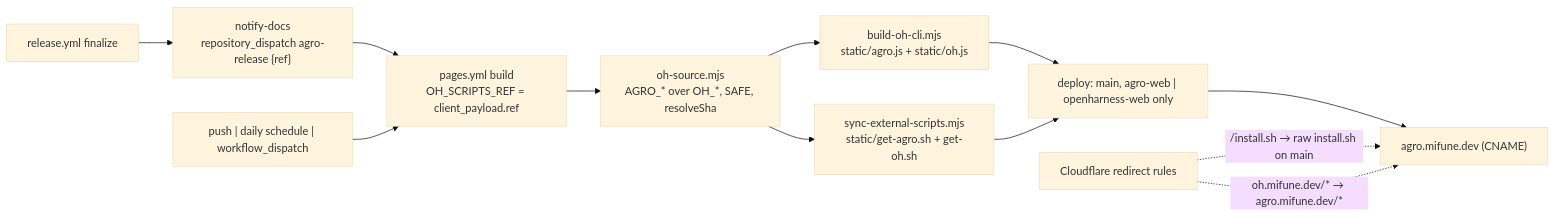
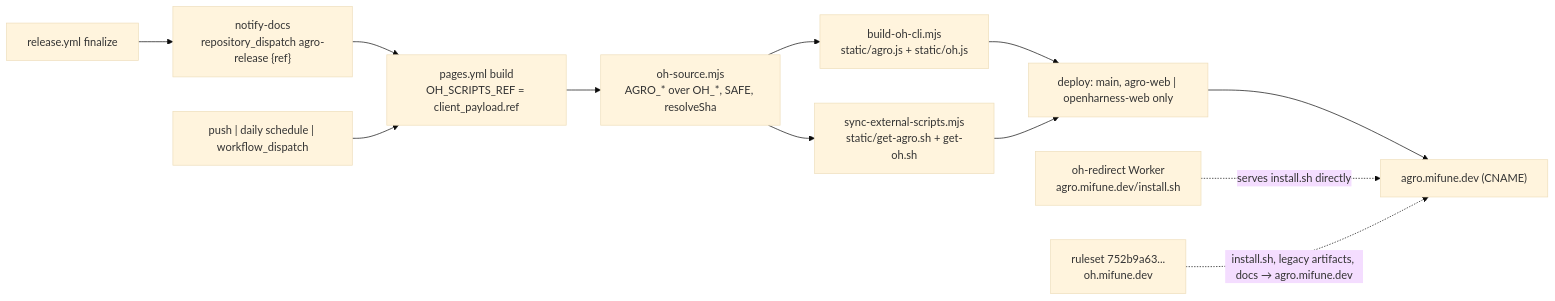
One commit to ryaneggz/open-harness changed the diagram in .agro/knowledge/source/agro-web-pipeline.md. Above: the diagram before and after it, drawn with Mermaid (base theme). The commit also changed other lines of this file and 7 other files, not shown here.

````diff
--- a/.agro/knowledge/source/agro-web-pipeline.md
+++ b/.agro/knowledge/source/agro-web-pipeline.md
@@ -57,14 +59,14 @@
 ```mermaid
 flowchart LR
   REL["release.yml finalize"] --> ND["notify-docs<br/>repository_dispatch agro-release {ref}"]
   ND --> PG["pages.yml build<br/>OH_SCRIPTS_REF = client_payload.ref"]
   SCHED["push | daily schedule | workflow_dispatch"] --> PG
   PG --> SRC["oh-source.mjs<br/>AGRO_* over OH_*, SAFE, resolveSha"]
   SRC --> CLI["build-oh-cli.mjs<br/>static/agro.js + static/oh.js"]
   SRC --> SYNC["sync-external-scripts.mjs<br/>static/get-agro.sh + get-oh.sh"]
   CLI --> DEPLOY["deploy: main, agro-web | openharness-web only"]
   SYNC --> DEPLOY
   DEPLOY --> HOST["agro.mifune.dev (CNAME)"]
-  CF["Cloudflare redirect rules"] -. "/install.sh → raw install.sh on main" .-> HOST
-  CF -. "oh.mifune.dev/* → agro.mifune.dev/*" .-> HOST
+  WORKER["oh-redirect Worker<br/>agro.mifune.dev/install.sh"] -. "serves install.sh directly" .-> HOST
+  CF["ruleset 752b9a63...<br/>oh.mifune.dev"] -. "install.sh, legacy artifacts, docs → agro.mifune.dev" .-> HOST
 ```
````
